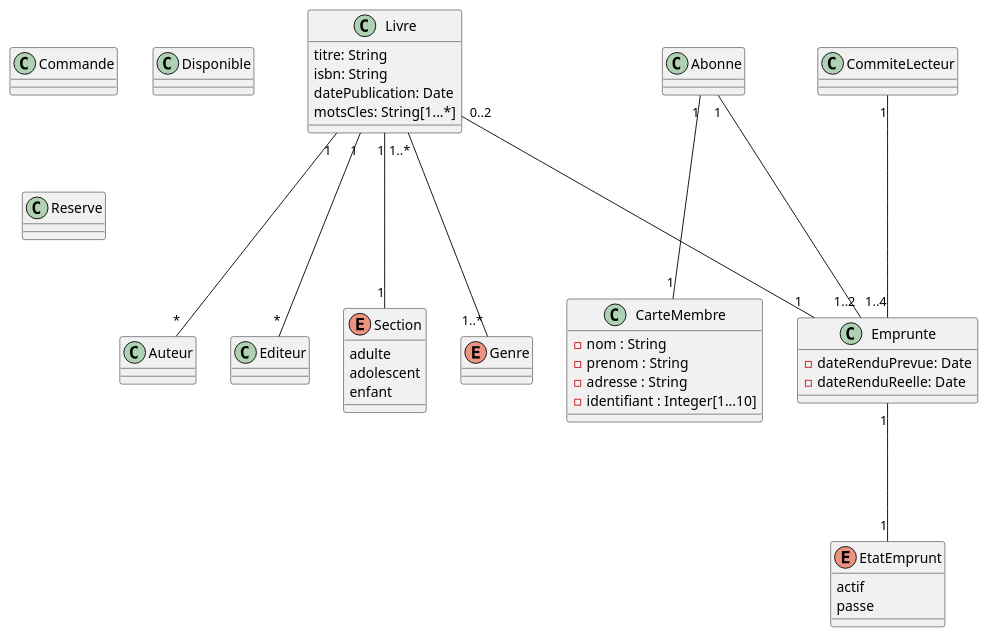
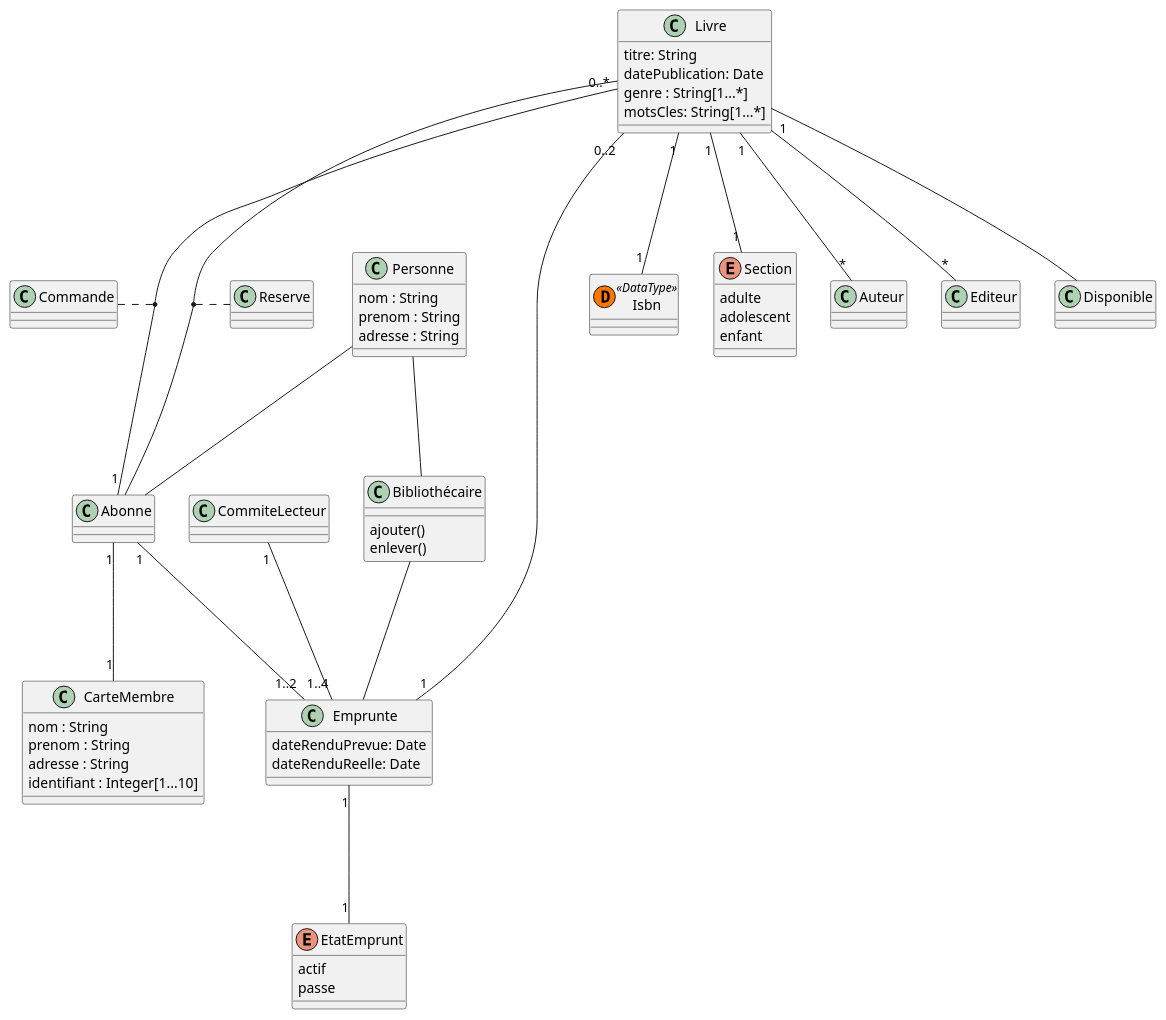
Before and after one commit to sybarry/Analyse-Logiciel: the diagram in exercices/modules/development/examples/classes.plantuml, drawn with PlantUML. The commit also changed 3 other files, not shown here.

```diff
--- a/exercices/modules/development/examples/classes.plantuml
+++ b/exercices/modules/development/examples/classes.plantuml
@@ -1,78 +1,105 @@
 @startuml
 class Livre {
        titre: String
-       isbn: String
        datePublication: Date
+       genre : String[1...*]
        motsCles: String[1...*]
 }
 
-enum Genre {
+class Abonne {
 
 }
+
+class Emprunte {
+       dateRenduPrevue: Date
+       dateRenduReelle: Date
+}
+
+class CarteMembre {
+    nom : String
+    prenom : String
+    adresse : String
+    identifiant : Integer[1...10]
+}
+
+class Isbn <<(D,#FF7700) DataType>> {
+}
+
+enum Section {
+      adulte
+      adolescent
+      enfant
+}
+
+Class Reserve {
+
+}
+
+Class Commande {
+
+}
+
+enum EtatEmprunt {
+      actif
+      passe
+}
+
+
+class CommiteLecteur {
+
+}
+
+class Personne {
+     nom : String
+     prenom : String
+     adresse : String
+}
+
+class Bibliothécaire {
+
+ ajouter()
+ enlever()
+}
+
 
 class Auteur {
 
 }
 
 class Editeur {
 
 }
 
-Class Commande {
 
-}
 
 Class Disponible {
 
 }
 
-Class Reserve {
 
-}
-
-enum Section {
-      adulte
-      adolescent
-      enfant
-}
-
-enum EtatEmprunt {
-      actif
-      passe
-}
-
-Class Emprunte {
-      - dateRenduPrevue: Date
-      - dateRenduReelle: Date
-}
-
-class CarteMembre {
-   - nom : String
-   - prenom : String
-   - adresse : String
-   - identifiant : Integer[1...10]
-}
-
-class Abonne {
-
-}
-
-class CommiteLecteur {
-
-}
 
 
 Livre "0..2" --- "1" Emprunte
 Livre "1" --- "*" Auteur
 Livre "1" --- "*" Editeur
 Livre "1" --- "1" Section
-Livre "1..*" --- "1..*" Genre
+Livre "1" --- "1" Isbn
+Livre  ---  Disponible
 
+Livre "0..*" --- "1" Abonne
+(Livre, Abonne) .. Commande
+(Livre, Abonne) .. Reserve
+
+
+Personne  ---  Abonne
+Personne  ---  Bibliothécaire
 
 Emprunte "1" --- "1" EtatEmprunt
 CommiteLecteur "1" --- "1..4" Emprunte
 Abonne "1" --- "1..2" Emprunte
 Abonne "1" --- "1" CarteMembre
 
+Bibliothécaire  ---  Emprunte
+
 
 @enduml
```
